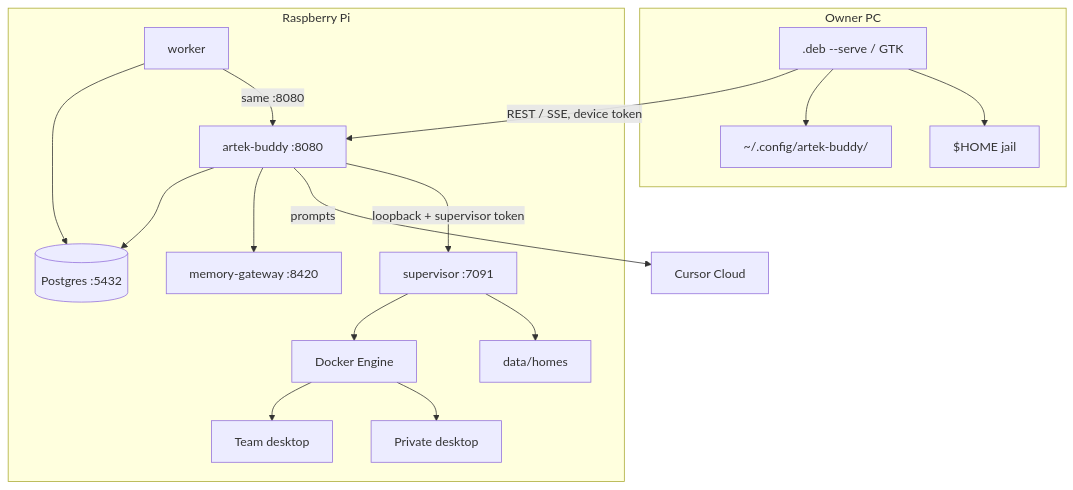
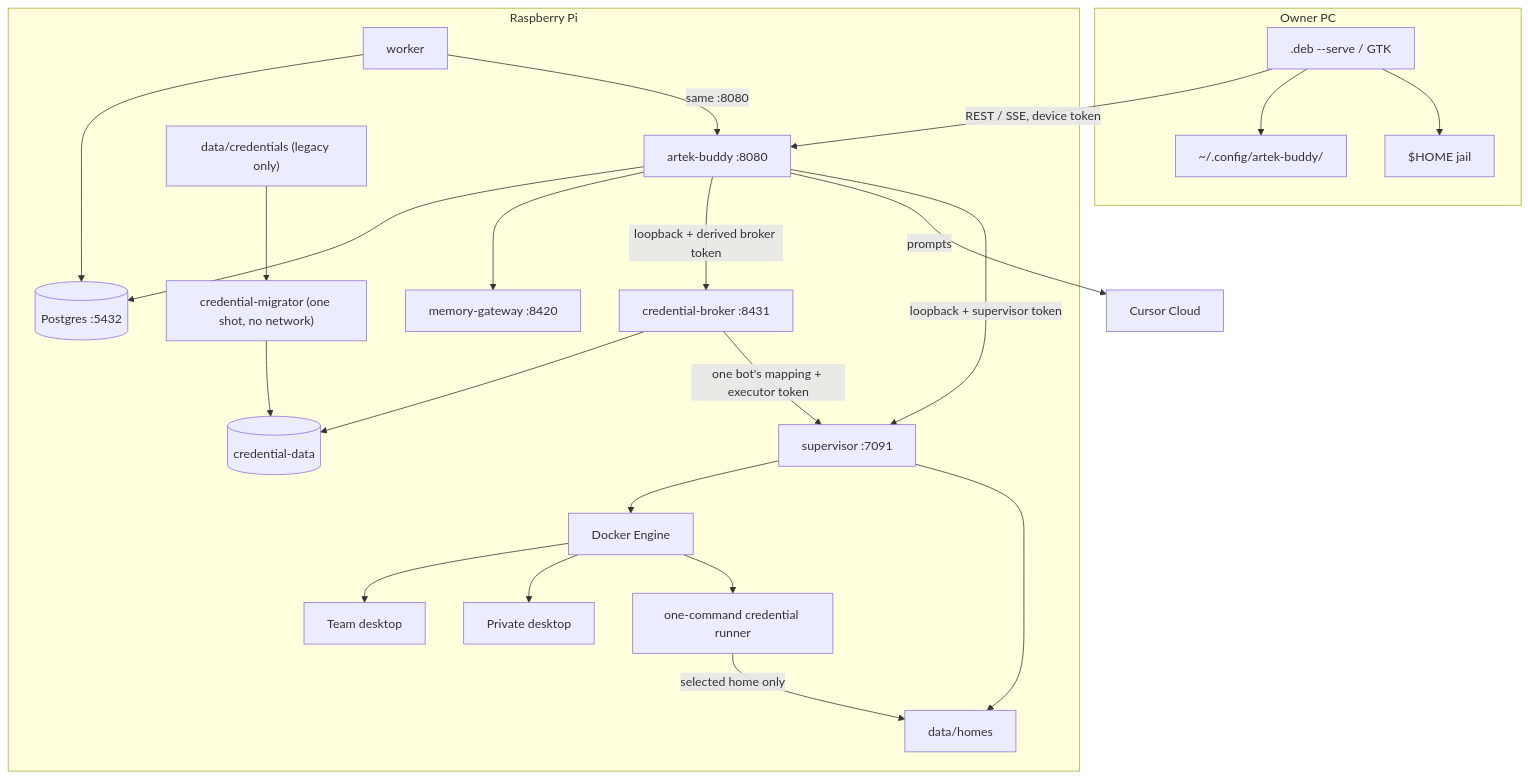
The first of 2 diagrams in ARCHITECTURE.md (itsuppartem/artek-buddy), drawn with Mermaid before and after one commit. The commit also changed other lines of this file and 54 other files, not shown here.

First line of the commit message:
Let a bot use host-saved credentials without exposing them (#462) (#466)

````diff
--- a/ARCHITECTURE.md
+++ b/ARCHITECTURE.md
@@ -16,33 +18,45 @@
 ```mermaid
 flowchart TB
   subgraph ownerPC [Owner PC]
     Deb[".deb --serve / GTK"]
     Token["~/.config/artek-buddy/"]
     Home["$HOME jail"]
   end
   subgraph pi [Raspberry Pi]
     API["artek-buddy :8080"]
     Worker["worker"]
     Super["supervisor :7091"]
     GW["memory-gateway :8420"]
+    Broker["credential-broker :8431"]
     DB[(Postgres :5432)]
     Homes["data/homes"]
+    Creds[("credential-data")]
+    Migrator["credential-migrator (one shot, no network)"]
+    Legacy["data/credentials (legacy only)"]
     Engine["Docker Engine"]
     Team["Team desktop"]
     Priv["Private desktop"]
+    Runner["one-command credential runner"]
   end
   Cursor["Cursor Cloud"]
   Deb -->|"REST / SSE, device token"| API
   Deb --> Token
   Deb --> Home
   API --> DB
   Worker --> DB
   Worker -->|"same :8080"| API
   API --> GW
+  API -->|"loopback + derived broker token"| Broker
+  Broker --> Creds
+  Broker -->|"one bot's mapping + executor token"| Super
+  Legacy --> Migrator
+  Migrator --> Creds
   API -->|"prompts"| Cursor
   API -->|"loopback + supervisor token"| Super
   Super --> Engine
   Super --> Homes
   Engine --> Team
   Engine --> Priv
+  Engine --> Runner
+  Runner -->|"selected home only"| Homes
 ```
````
